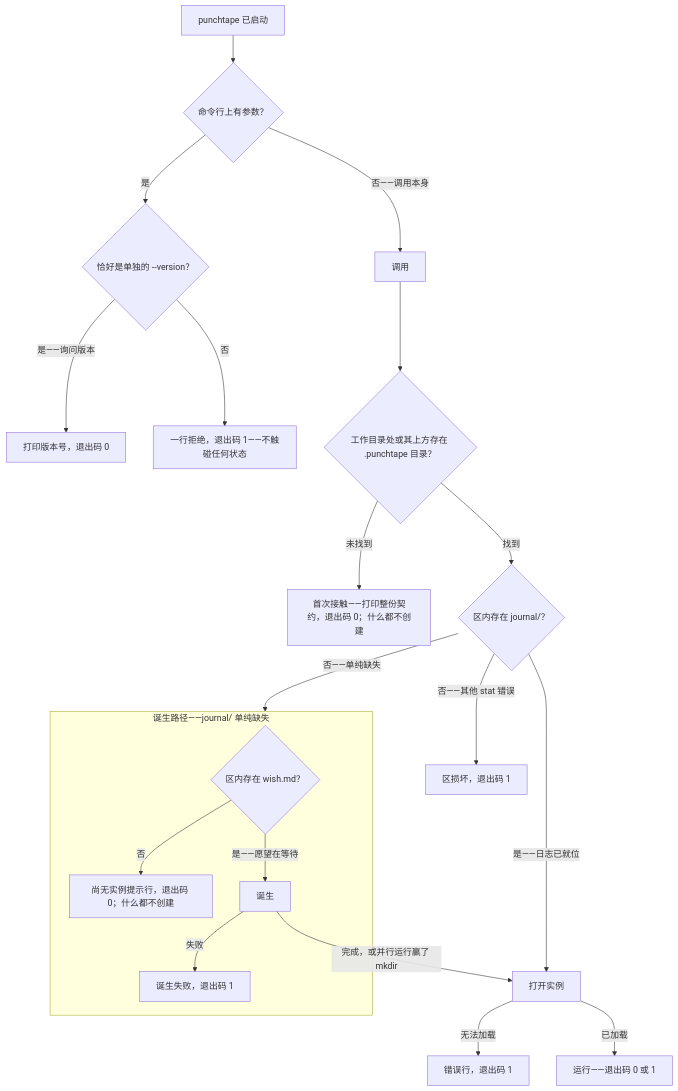
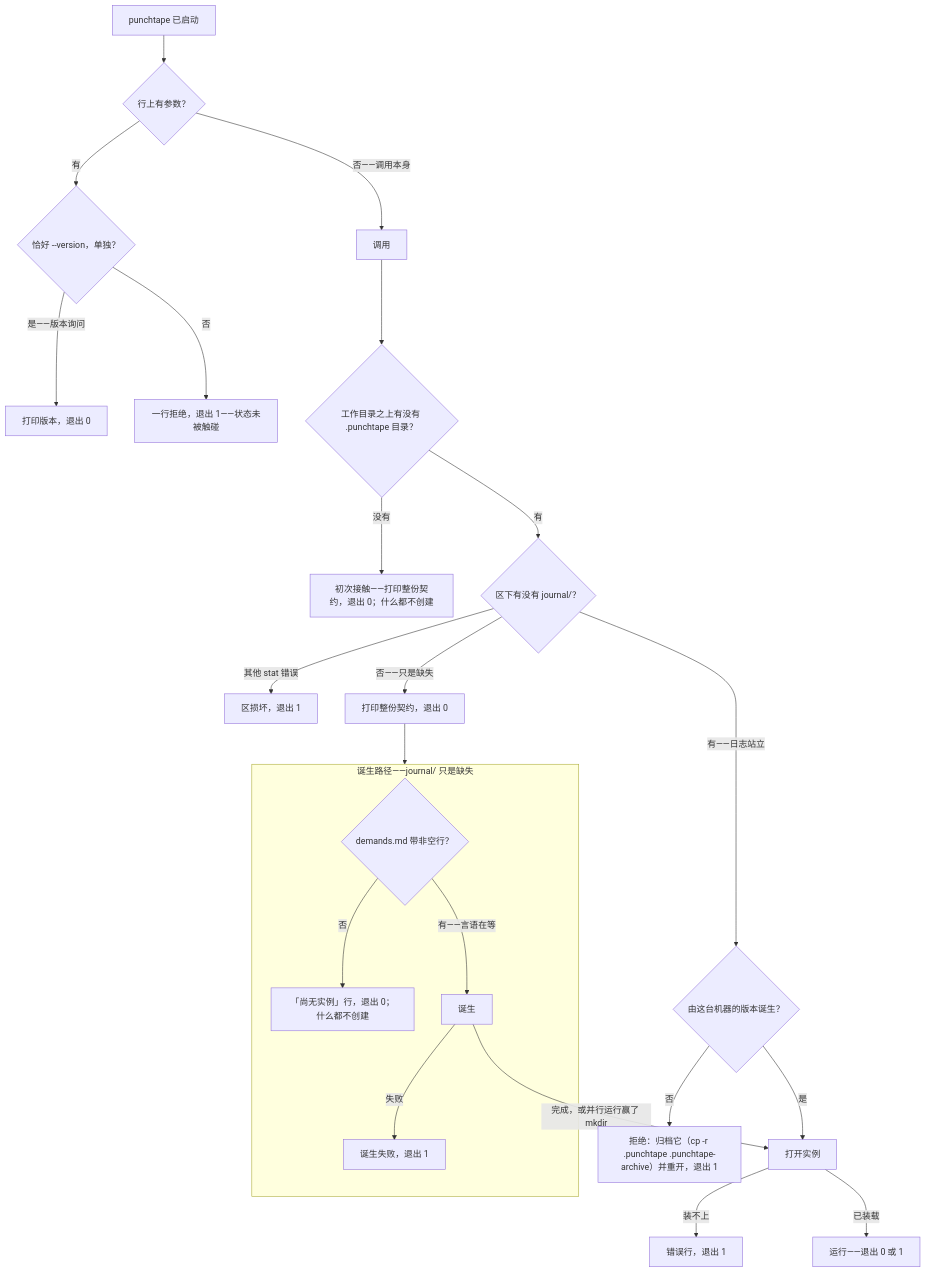
The first of 9 diagrams in docs/ARCHITECTURE.zh.md (neurophant/punchtape), drawn with Mermaid before and after one commit. The commit also changed other lines of this file and 80 other files, not shown here.

````diff
--- a/docs/ARCHITECTURE.zh.md
+++ b/docs/ARCHITECTURE.zh.md
@@ -73,23 +113,26 @@
 ```mermaid
 flowchart TD
-    L["punchtape 已启动"] --> ARGS{"命令行上有参数？"}
-    ARGS -- "是" --> VER{"恰好是单独的 --version？"}
-    VER -- "是——询问版本" --> VOUT["打印版本号，退出码 0"]
-    VER -- "否" --> REF["一行拒绝，退出码 1——不触碰任何状态"]
+    L["punchtape 已启动"] --> ARGS{"行上有参数？"}
+    ARGS -- "有" --> VER{"恰好 --version，单独？"}
+    VER -- "是——版本询问" --> VOUT["打印版本，退出 0"]
+    VER -- "否" --> REF["一行拒绝，退出 1——状态未被触碰"]
     ARGS -- "否——调用本身" --> CALL["调用"]
-    CALL --> ZONE{"工作目录处或其上方存在 .punchtape 目录？"}
-    ZONE -- "未找到" --> FIRST["首次接触——打印整份契约，退出码 0；什么都不创建"]
-    ZONE -- "找到" --> JD{"区内存在 journal/？"}
-    JD -- "否——其他 stat 错误" --> DAM["区损坏，退出码 1"]
-    JD -- "是——日志已就位" --> OPEN["打开实例"]
-    subgraph BIRTHPATH["诞生路径——journal/ 单纯缺失"]
-      WISH{"区内存在 wish.md？"}
-      WISH -- "否" --> SLOT["尚无实例提示行，退出码 0；什么都不创建"]
-      WISH -- "是——愿望在等待" --> BIRTH["诞生"]
-      BIRTH -- "失败" --> BFAIL["诞生失败，退出码 1"]
+    CALL --> ZONE{"工作目录之上有没有 .punchtape 目录？"}
+    ZONE -- "没有" --> FIRST["初次接触——打印整份契约，退出 0；什么都不创建"]
+    ZONE -- "有" --> JD{"区下有没有 journal/？"}
+    JD -- "其他 stat 错误" --> DAM["区损坏，退出 1"]
+    JD -- "有——日志站立" --> VERG{"由这台机器的版本诞生？"}
+    VERG -- "否" --> FOR["拒绝：归档它（cp -r .punchtape .punchtape-archive）并重开，退出 1"]
+    VERG -- "是" --> OPEN["打开实例"]
+    subgraph BIRTHPATH["诞生路径——journal/ 只是缺失"]
+      WORDS{"demands.md 带非空行？"}
+      WORDS -- "否" --> SLOT["「尚无实例」行，退出 0；什么都不创建"]
+      WORDS -- "有——言语在等" --> BIRTH["诞生"]
+      BIRTH -- "失败" --> BFAIL["诞生失败，退出 1"]
     end
-    JD -- "否——单纯缺失" --> BIRTHPATH
+    JD -- "否——只是缺失" --> CONTRACT["打印整份契约，退出 0"]
+    CONTRACT --> BIRTHPATH
     BIRTH -- "完成，或并行运行赢了 mkdir" --> OPEN
-    OPEN -- "无法加载" --> OERR["错误行，退出码 1"]
-    OPEN -- "已加载" --> RUN["运行——退出码 0 或 1"]
+    OPEN -- "装不上" --> OERR["错误行，退出 1"]
+    OPEN -- "已装载" --> RUN["运行——退出 0 或 1"]
 ```
````
